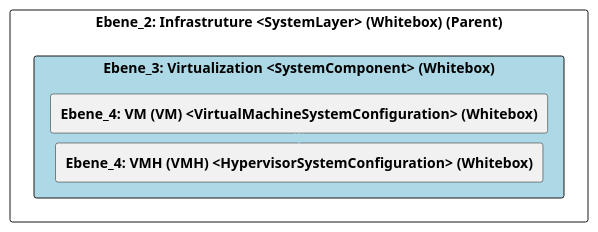
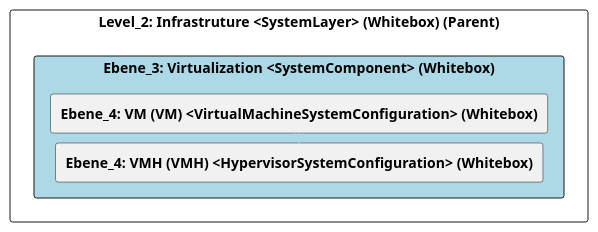
The diagram in src/cleon.architecturemethods.arc42.sample/doc/cleon_architecturemethods_arc42_sample_system/adoc/de/05_bausteinsicht/ikt/infrastruture/virtualization/ebene_3_virtualization.adoc (marcozwyssig/cleon), drawn with PlantUML before and after one commit. The commit also changed other lines of this file and 169 other files, not shown here.

```diff
--- a/src/cleon.architecturemethods.arc42.sample/doc/cleon_architecturemethods_arc42_sample_system/adoc/de/05_bausteinsicht/ikt/infrastruture/virtualization/ebene_3_virtualization.adoc
+++ b/src/cleon.architecturemethods.arc42.sample/doc/cleon_architecturemethods_arc42_sample_system/adoc/de/05_bausteinsicht/ikt/infrastruture/virtualization/ebene_3_virtualization.adoc
@@ -20,28 +20,28 @@
 [plantuml, Ebene_3: Virtualization <SystemComponent> (Whitebox)BlockOverview, format="svg"]
 ----
 @startuml Ebene_3: Virtualization <SystemComponent> (Whitebox)BuildingBlockOverview
 
 skinparam ranksep 10
 skinparam componentStyle rectangle
 skinparam shadowing false
 skinparam arrowColor lightblue
 skinparam arrowThickness 1.2
 skinparam rectangle {
   BackgroundColor White
   BorderColor #333
   RoundCorner 10
 }
 top to bottom direction
 
-component "Ebene_2: Infrastruture <SystemLayer> (Whitebox) (Parent)" {
+component "Level_2: Infrastruture <SystemLayer> (Whitebox) (Parent)" {
     component "Ebene_3: Virtualization <SystemComponent> (Whitebox)" #lightblue {
         [**Ebene_4: VM (VM) <VirtualMachineSystemConfiguration> (Whitebox)**] as B582462B_BEE0_11EF_B498_058EE446F8E7
         [**Ebene_4: VMH (VMH) <HypervisorSystemConfiguration> (Whitebox)**] as B581F80A_BEE0_11EF_B498_058EE446F8E7
     }
 
     B582462B_BEE0_11EF_B498_058EE446F8E7 -down-> B581F80A_BEE0_11EF_B498_058EE446F8E7
     
 }
 
 @enduml
 ----
```
